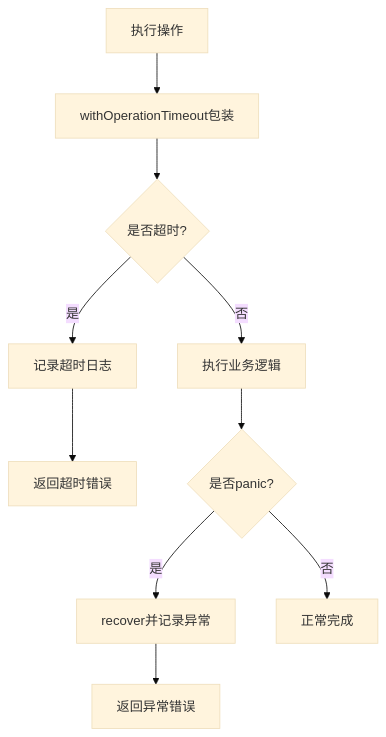
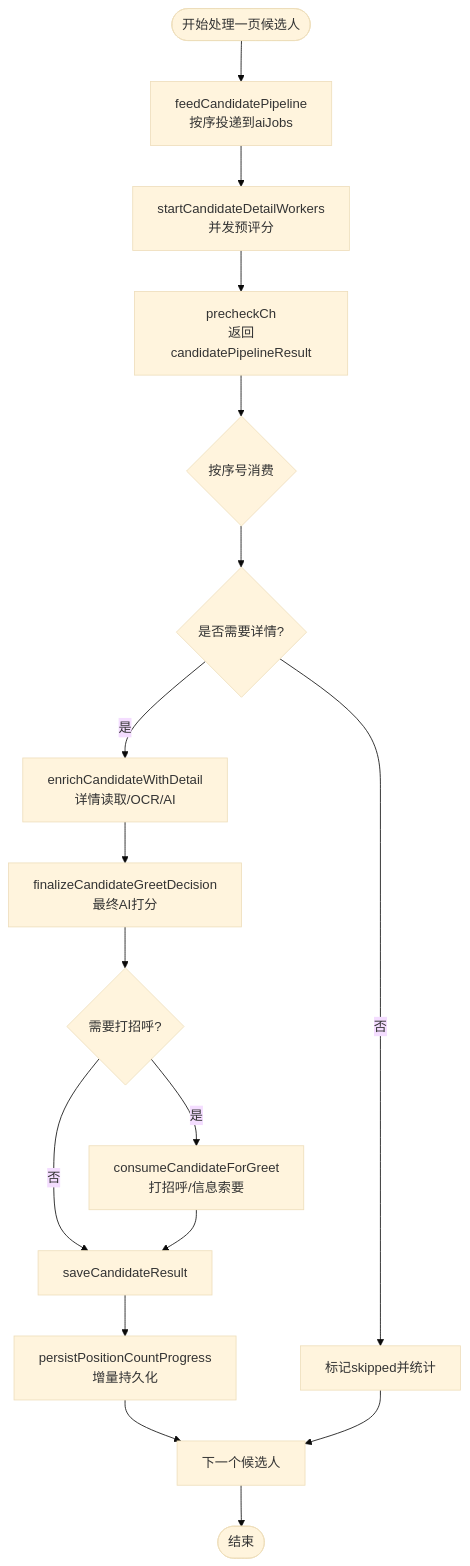
Before and after one commit to alvinwangzi/goodhr: the third of 8 diagrams in .qoder/repowiki/zh/content/本地执行器/任务调度/执行管道.md, drawn with Mermaid (base theme). The commit also changed other lines of this file and 149 other files, not shown here.

````diff
--- a/.qoder/repowiki/zh/content/本地执行器/任务调度/执行管道.md
+++ b/.qoder/repowiki/zh/content/本地执行器/任务调度/执行管道.md
@@ -165,10 +136,19 @@
 ```mermaid
 flowchart TD
-Op["执行操作"] --> Wrap["withOperationTimeout包装"]
-Wrap --> Timeout{"是否超时?"}
-Timeout --> |是| LogT["记录超时日志"] --> ErrT["返回超时错误"]
-Timeout --> |否| Exec["执行业务逻辑"]
-Exec --> Panic{"是否panic?"}
-Panic --> |是| Rec["recover并记录异常"] --> ErrP["返回异常错误"]
-Panic --> |否| Done["正常完成"]
+Start(["开始处理一页候选人"]) --> Feed["feedCandidatePipeline<br/>按序投递到aiJobs"]
+Feed --> Workers["startCandidateDetailWorkers<br/>并发预评分"]
+Workers --> Precheck["precheckCh<br/>返回candidatePipelineResult"]
+Precheck --> Order{"按序号消费"}
+Order --> Decision{"是否需要详情?"}
+Decision --> |否| Skip["标记skipped并统计"]
+Decision --> |是| Detail["enrichCandidateWithDetail<br/>详情读取/OCR/AI"]
+Detail --> Finalize["finalizeCandidateGreetDecision<br/>最终AI打分"]
+Finalize --> Greet{"需要打招呼?"}
+Greet --> |是| Consume["consumeCandidateForGreet<br/>打招呼/信息索要"]
+Greet --> |否| Save["saveCandidateResult"]
+Consume --> Save
+Save --> Persist["persistPositionCountProgress<br/>增量持久化"]
+Persist --> Next["下一个候选人"]
+Skip --> Next
+Next --> End(["结束"])
 ```
````
